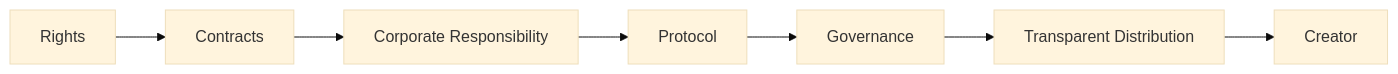
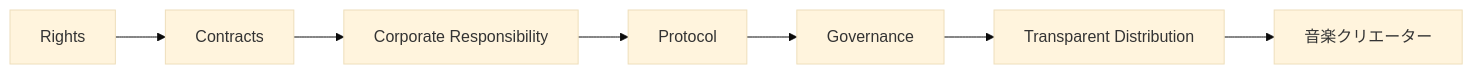
Before and after one commit to ShigeichiroYamasaki/creator-first-platform: diagram 17 of 17 in docs/whitepaper/03-rights-and-money.md, drawn with Mermaid (base theme). The commit also changed other lines of this file and 67 other files, not shown here.

````diff
--- a/docs/whitepaper/03-rights-and-money.md
+++ b/docs/whitepaper/03-rights-and-money.md
@@ -446,9 +446,9 @@
 ```mermaid
 flowchart LR
     RIGHTS[Rights] --> CONTRACT[Contracts]
     CONTRACT --> CORP[Corporate Responsibility]
     CORP --> PROTOCOL[Protocol]
     PROTOCOL --> GOV[Governance]
     GOV --> MONEY[Transparent Distribution]
-    MONEY --> CREATOR[Creator]
+    MONEY --> CREATOR[音楽クリエーター]
 ```
````
